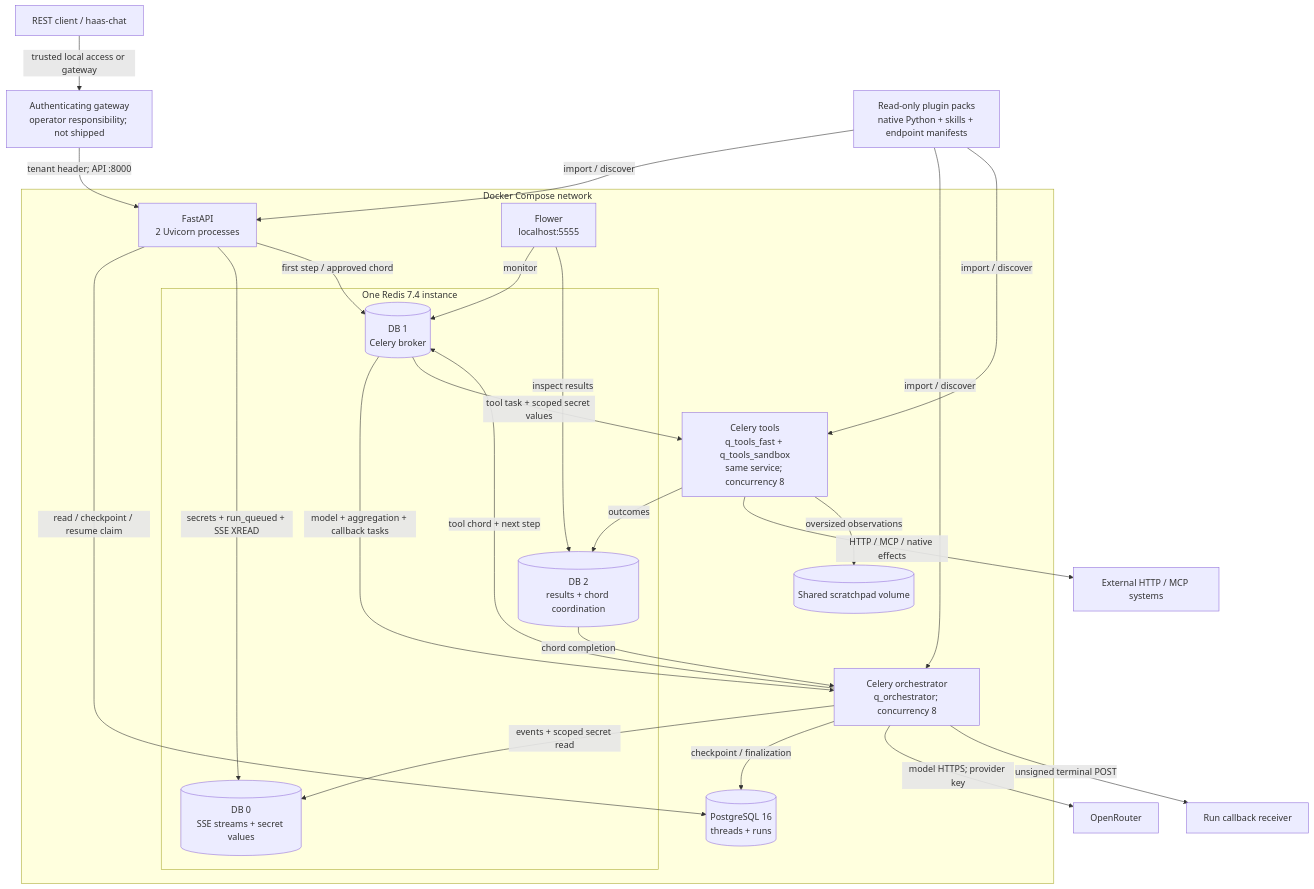
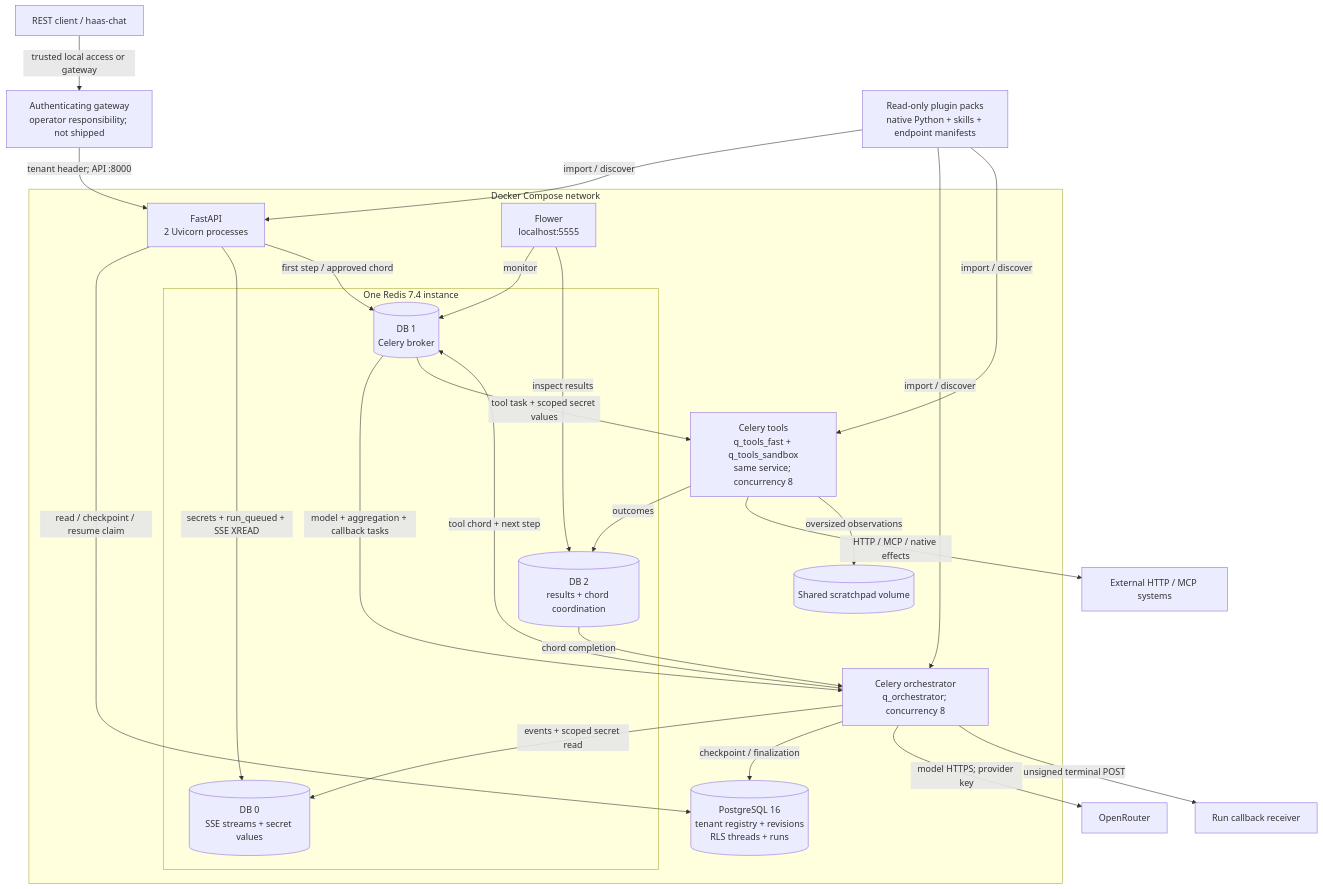
The second of 4 diagrams in docs/design/architecture.md (tanjeetsarkar/haas), drawn with Mermaid before and after one commit. The commit also changed 37 other files, not shown here.

````diff
--- a/docs/design/architecture.md
+++ b/docs/design/architecture.md
@@ -33,43 +33,43 @@
 ```mermaid
 flowchart TB
     client["REST client / haas-chat"]
     gateway["Authenticating gateway<br/>operator responsibility; not shipped"]
     packs["Read-only plugin packs<br/>native Python + skills + endpoint manifests"]
     subgraph compose["Docker Compose network"]
         api["FastAPI<br/>2 Uvicorn processes"]
         orch["Celery orchestrator<br/>q_orchestrator; concurrency 8"]
         tools["Celery tools<br/>q_tools_fast + q_tools_sandbox<br/>same service; concurrency 8"]
-        pg[("PostgreSQL 16<br/>threads + runs")]
+        pg[("PostgreSQL 16<br/>tenant registry + revisions<br/>RLS threads + runs")]
         subgraph redis["One Redis 7.4 instance"]
             r0[("DB 0<br/>SSE streams + secret values")]
             r1[("DB 1<br/>Celery broker")]
             r2[("DB 2<br/>results + chord coordination")]
         end
         scratch[("Shared scratchpad volume")]
         flower["Flower<br/>localhost:5555"]
     end
     provider["OpenRouter"]
     endpoints["External HTTP / MCP systems"]
     callback["Run callback receiver"]
     client -->|"trusted local access or gateway"| gateway
     gateway -->|"tenant header; API :8000"| api
     api -->|"read / checkpoint / resume claim"| pg
     api -->|"secrets + run_queued + SSE XREAD"| r0
     api -->|"first step / approved chord"| r1
     r1 -->|"model + aggregation + callback tasks"| orch
     orch -->|"checkpoint / finalization"| pg
     orch -->|"events + scoped secret read"| r0
     orch -->|"model HTTPS; provider key"| provider
     orch -->|"tool chord + next step"| r1
     r1 -->|"tool task + scoped secret values"| tools
     tools -->|"outcomes"| r2
     r2 -->|"chord completion"| orch
     tools -->|"HTTP / MCP / native effects"| endpoints
     orch -->|"unsigned terminal POST"| callback
     tools -->|"oversized observations"| scratch
     packs -->|"import / discover"| api
     packs -->|"import / discover"| orch
     packs -->|"import / discover"| tools
     flower -->|"monitor"| r1
     flower -->|"inspect results"| r2
 ```
````
